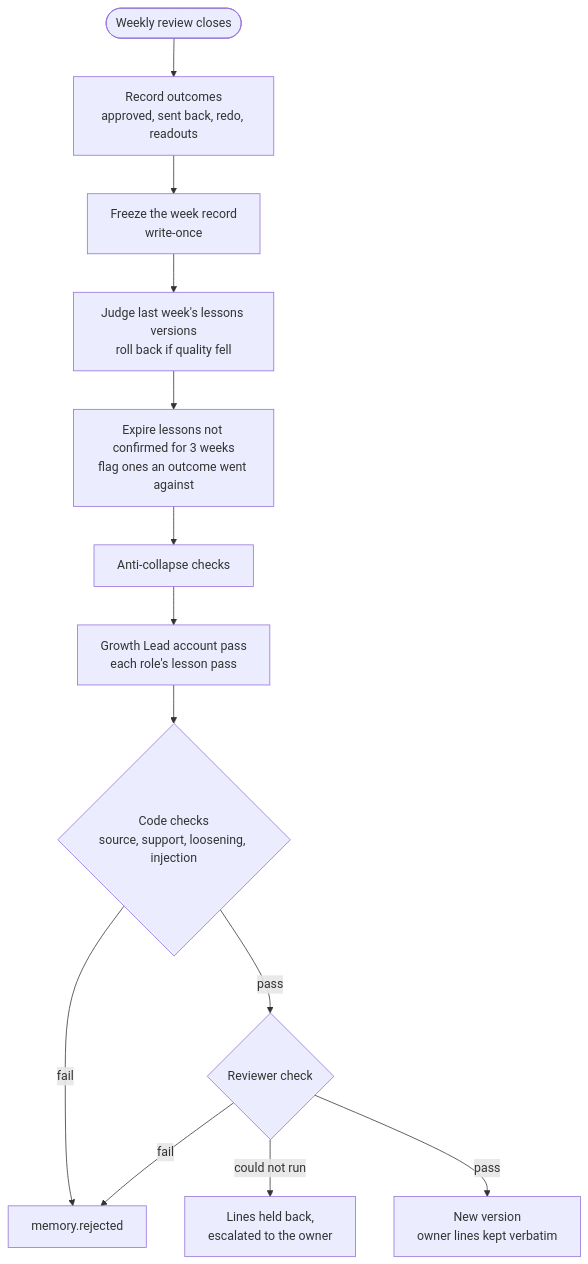
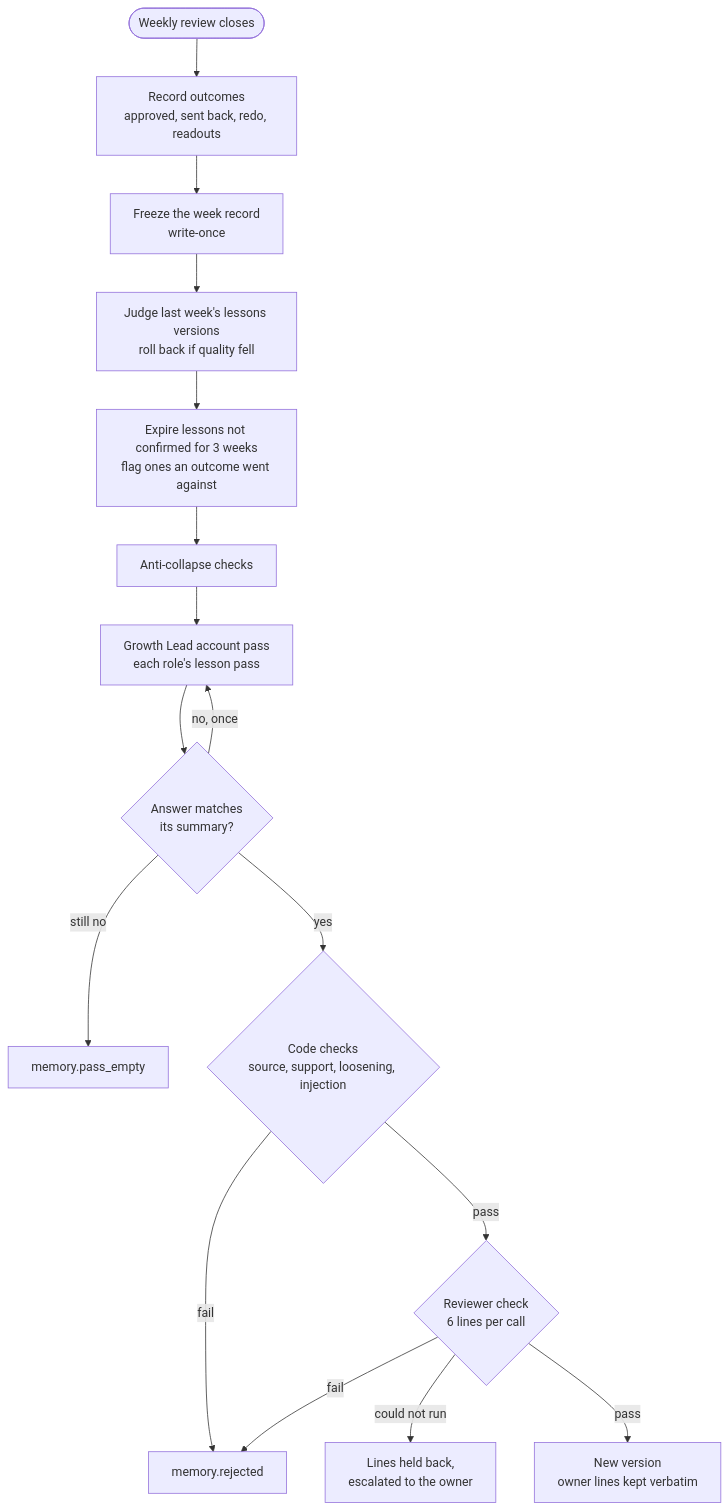
The seventh of 8 diagrams in docs/harness.md (Jieyi-Deng/agent-beans), drawn with Mermaid before and after one commit. The commit also changed other lines of this file and 11 other files, not shown here.

First line of the commit message:
Stop memory passes from losing lines in silence at week close

````diff
--- a/docs/harness.md
+++ b/docs/harness.md
@@ -230,15 +230,18 @@
 ```mermaid
 flowchart TB
     close(["Weekly review closes"]) --> out["Record outcomes<br/>approved, sent back, redo, readouts"]
     out --> freeze["Freeze the week record<br/>write-once"]
     freeze --> judge["Judge last week's lessons versions<br/>roll back if quality fell"]
     judge --> refresh["Expire lessons not confirmed for 3 weeks<br/>flag ones an outcome went against"]
     refresh --> collapse["Anti-collapse checks"]
     collapse --> passes["Growth Lead account pass<br/>each role's lesson pass"]
-    passes --> code{"Code checks<br/>source, support, loosening, injection"}
+    passes --> match{"Answer matches<br/>its summary?"}
+    match -- "no, once" --> passes
+    match -- "still no" --> empty["memory.pass_empty"]
+    match -- "yes" --> code{"Code checks<br/>source, support, loosening, injection"}
     code -- "fail" --> rej["memory.rejected"]
-    code -- "pass" --> rev{"Reviewer check"}
+    code -- "pass" --> rev{"Reviewer check<br/>6 lines per call"}
     rev -- "fail" --> rej
     rev -- "could not run" --> held["Lines held back,<br/>escalated to the owner"]
     rev -- "pass" --> ver["New version<br/>owner lines kept verbatim"]
 ```
````
